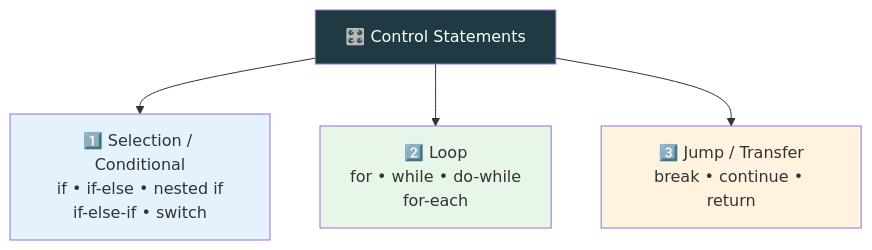
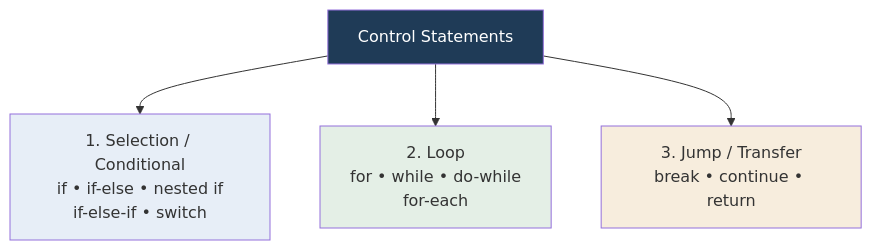
One commit to kundankumarsharma56/Leaning-Java changed the first of 2 diagrams in src/Theory/03-Operators-and-Control-Statements/02-Control-Statements.md. Above: the diagram before and after it, drawn with Mermaid. The commit also changed other lines of this file and 84 other files, not shown here.

````diff
--- a/src/Theory/03-Operators-and-Control-Statements/02-Control-Statements.md
+++ b/src/Theory/03-Operators-and-Control-Statements/02-Control-Statements.md
@@ -21,10 +21,10 @@
 ```mermaid
 flowchart TD
-    C["🎛️ Control Statements"] --> S["1️⃣ Selection / Conditional<br/>if • if-else • nested if<br/>if-else-if • switch"]
-    C --> L["2️⃣ Loop<br/>for • while • do-while<br/>for-each"]
-    C --> T["3️⃣ Jump / Transfer<br/>break • continue • return"]
-    style C fill:#203a43,color:#fff
-    style S fill:#e3f2fd
-    style L fill:#e8f5e9
-    style T fill:#fff3e0
+    C["Control Statements"] --> S["1. Selection / Conditional<br/>if • if-else • nested if<br/>if-else-if • switch"]
+    C --> L["2. Loop<br/>for • while • do-while<br/>for-each"]
+    C --> T["3. Jump / Transfer<br/>break • continue • return"]
+    style C fill:#1f3b57,color:#fff
+    style S fill:#e7eef7
+    style L fill:#e4efe6
+    style T fill:#f7eddd
 ```
````
